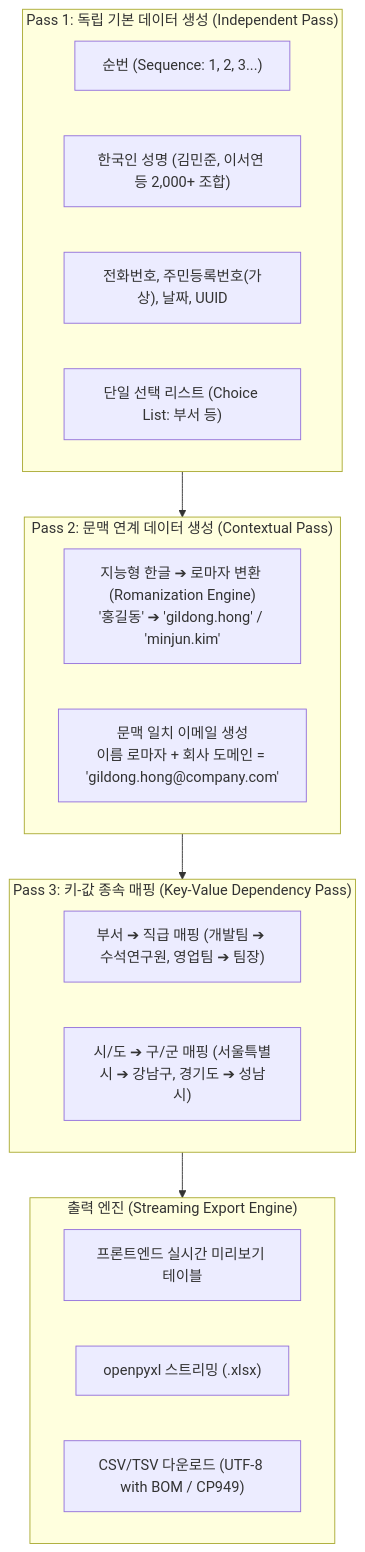
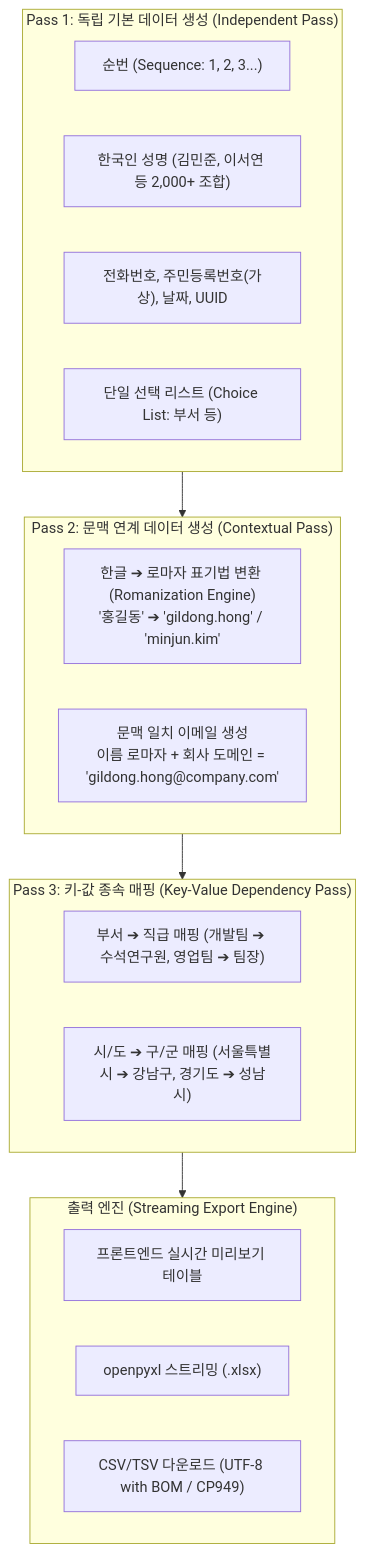
One commit to JudeRester/Util-Tools changed the diagram in docs/MOCK_DATA_STUDIO.md. Above: the diagram before and after it, drawn with Mermaid. The commit also changed other lines of this file and 18 other files, not shown here.

````diff
--- a/docs/MOCK_DATA_STUDIO.md
+++ b/docs/MOCK_DATA_STUDIO.md
@@ -11,27 +11,27 @@
 ```mermaid
 flowchart TD
     subgraph Pass1 ["Pass 1: 독립 기본 데이터 생성 (Independent Pass)"]
         P1_1["순번 (Sequence: 1, 2, 3...)"]
         P1_2["한국인 성명 (김민준, 이서연 등 2,000+ 조합)"]
         P1_3["전화번호, 주민등록번호(가상), 날짜, UUID"]
         P1_4["단일 선택 리스트 (Choice List: 부서 등)"]
     end
 
     subgraph Pass2 ["Pass 2: 문맥 연계 데이터 생성 (Contextual Pass)"]
-        P2_1["지능형 한글 ➔ 로마자 변환 (Romanization Engine)\n'홍길동' ➔ 'gildong.hong' / 'minjun.kim'"]
+        P2_1["한글 ➔ 로마자 표기법 변환 (Romanization Engine)\n'홍길동' ➔ 'gildong.hong' / 'minjun.kim'"]
         P2_2["문맥 일치 이메일 생성\n이름 로마자 + 회사 도메인 = 'gildong.hong@company.com'"]
     end
 
     subgraph Pass3 ["Pass 3: 키-값 종속 매핑 (Key-Value Dependency Pass)"]
         P3_1["부서 ➔ 직급 매핑 (개발팀 ➔ 수석연구원, 영업팀 ➔ 팀장)"]
         P3_2["시/도 ➔ 구/군 매핑 (서울특별시 ➔ 강남구, 경기도 ➔ 성남시)"]
     end
 
     subgraph ExportEngine ["출력 엔진 (Streaming Export Engine)"]
         Table["프론트엔드 실시간 미리보기 테이블"]
         Excel["openpyxl 스트리밍 (.xlsx)"]
         CSV["CSV/TSV 다운로드 (UTF-8 with BOM / CP949)"]
     end
 
     Pass1 --> Pass2 --> Pass3 --> ExportEngine
 ```
````
